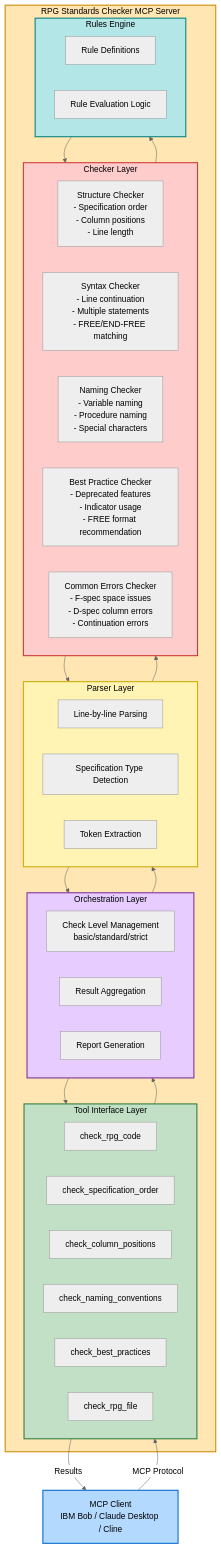
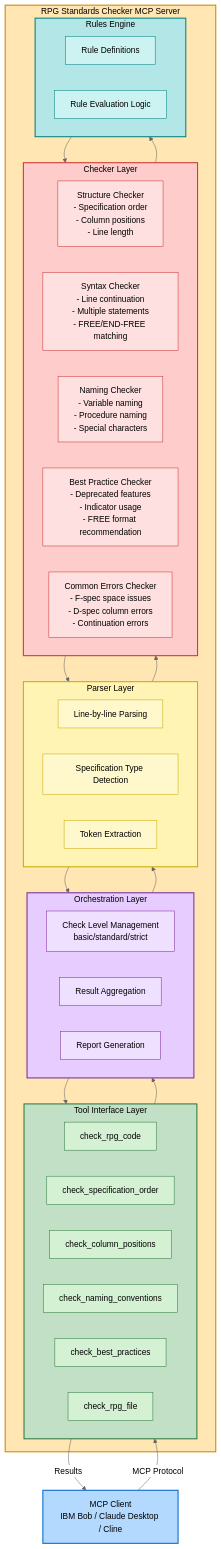
Before and after one commit to GuriCat/ilerpg-code-checker: the diagram in DESIGN.md, drawn with Mermaid (neutral theme).

Commit message:
Replace dark box backgrounds with lighter colors

````diff
--- a/DESIGN.md
+++ b/DESIGN.md
@@ -62,4 +62,33 @@
     style Parser fill:#fff4b3,stroke:#ccaa00,stroke-width:2px,color:#000
     style Checkers fill:#ffcccc,stroke:#cc3333,stroke-width:2px,color:#000
     style Rules fill:#b3e6e6,stroke:#008080,stroke-width:2px,color:#000
+    
+    %% Tool boxes
+    style T1 fill:#d4f1d4,stroke:#2d7a3e,stroke-width:1px,color:#000
+    style T2 fill:#d4f1d4,stroke:#2d7a3e,stroke-width:1px,color:#000
+    style T3 fill:#d4f1d4,stroke:#2d7a3e,stroke-width:1px,color:#000
+    style T4 fill:#d4f1d4,stroke:#2d7a3e,stroke-width:1px,color:#000
+    style T5 fill:#d4f1d4,stroke:#2d7a3e,stroke-width:1px,color:#000
+    style T6 fill:#d4f1d4,stroke:#2d7a3e,stroke-width:1px,color:#000
+    
+    %% Orchestration boxes
+    style O1 fill:#f0e0ff,stroke:#7a2d9e,stroke-width:1px,color:#000
+    style O2 fill:#f0e0ff,stroke:#7a2d9e,stroke-width:1px,color:#000
+    style O3 fill:#f0e0ff,stroke:#7a2d9e,stroke-width:1px,color:#000
+    
+    %% Parser boxes
+    style P1 fill:#fff8cc,stroke:#ccaa00,stroke-width:1px,color:#000
+    style P2 fill:#fff8cc,stroke:#ccaa00,stroke-width:1px,color:#000
+    style P3 fill:#fff8cc,stroke:#ccaa00,stroke-width:1px,color:#000
+    
+    %% Checker boxes
+    style C1 fill:#ffe0e0,stroke:#cc3333,stroke-width:1px,color:#000
+    style C2 fill:#ffe0e0,stroke:#cc3333,stroke-width:1px,color:#000
+    style C3 fill:#ffe0e0,stroke:#cc3333,stroke-width:1px,color:#000
+    style C4 fill:#ffe0e0,stroke:#cc3333,stroke-width:1px,color:#000
+    style C5 fill:#ffe0e0,stroke:#cc3333,stroke-width:1px,color:#000
+    
+    %% Rules boxes
+    style R1 fill:#ccf2f2,stroke:#008080,stroke-width:1px,color:#000
+    style R2 fill:#ccf2f2,stroke:#008080,stroke-width:1px,color:#000
 ```
````
